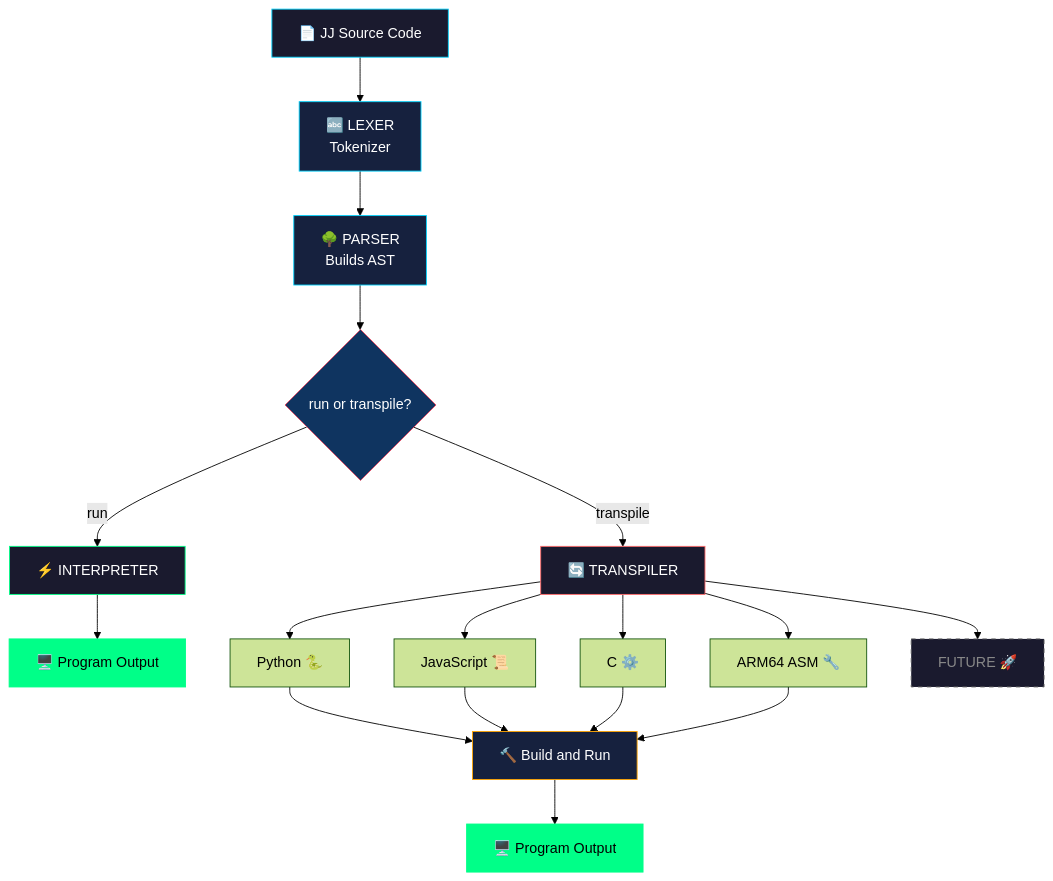
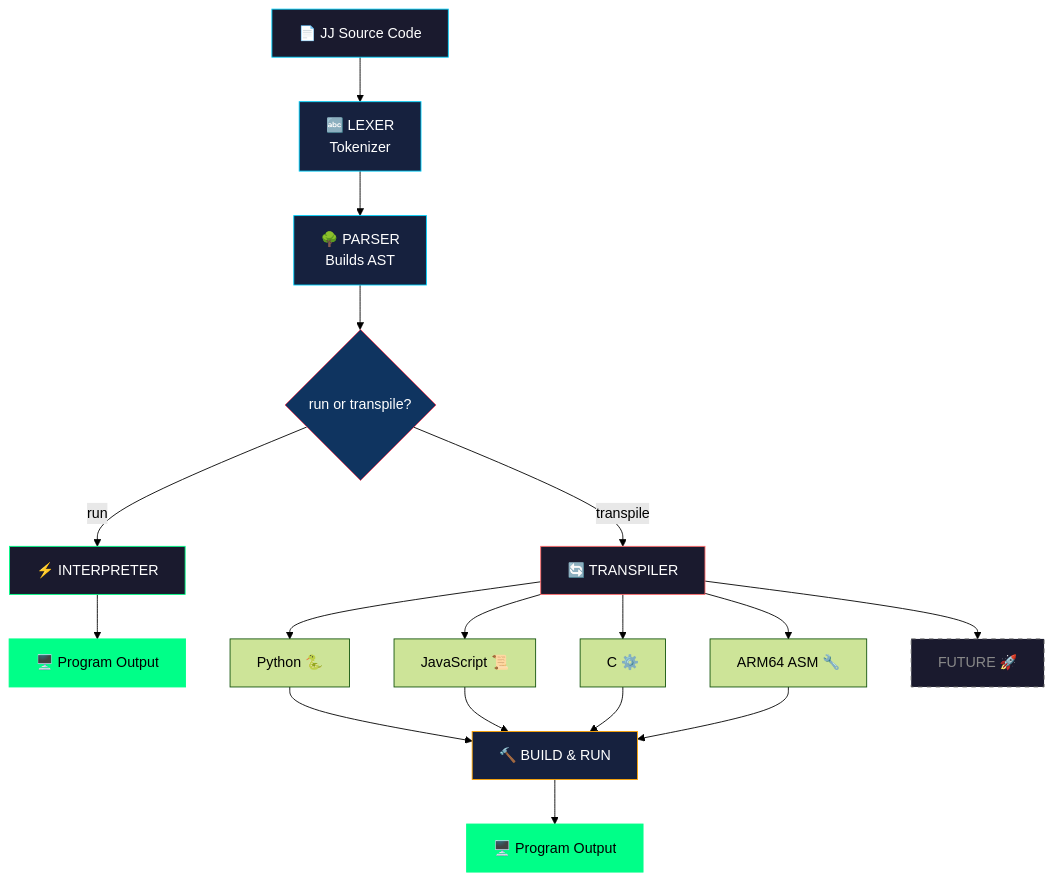
The diagram in README.md (SuperBox64/JibberJabber), drawn with Mermaid (forest theme) before and after one commit.

Commit message:
Change label to BUILD & RUN

````diff
--- a/README.md
+++ b/README.md
@@ -350,34 +350,34 @@
 ```mermaid
 flowchart TD
     A[📄 JJ Source Code] --> B[🔤 LEXER<br>Tokenizer]
     B --> C[🌳 PARSER<br>Builds AST]
     C --> D{run or transpile?}
 
     D -->|run| E[⚡ INTERPRETER]
     E --> F[🖥️ Program Output]
 
     D -->|transpile| G[🔄 TRANSPILER]
     G --> H[Python 🐍]
     G --> I[JavaScript 📜]
     G --> J[C ⚙️]
     G --> K[ARM64 ASM 🔧]
     G --> L[FUTURE 🚀]
 
-    H --> M[🔨 Build and Run]
+    H --> M[🔨 BUILD & RUN]
     I --> M
     J --> M
     K --> M
     M --> N[🖥️ Program Output]
 
     style L fill:#1a1a2e,stroke:#666,color:#888,stroke-dasharray: 5 5
     style M fill:#16213e,stroke:#ffa500,color:#fff
     style N fill:#00ff88,stroke:#00ff88,color:#000
 
     style A fill:#1a1a2e,stroke:#00d4ff,color:#fff
     style B fill:#16213e,stroke:#00d4ff,color:#fff
     style C fill:#16213e,stroke:#00d4ff,color:#fff
     style D fill:#0f3460,stroke:#e94560,color:#fff
     style E fill:#1a1a2e,stroke:#00ff88,color:#fff
     style F fill:#00ff88,stroke:#00ff88,color:#000
     style G fill:#1a1a2e,stroke:#ff6b6b,color:#fff
 ```
````
